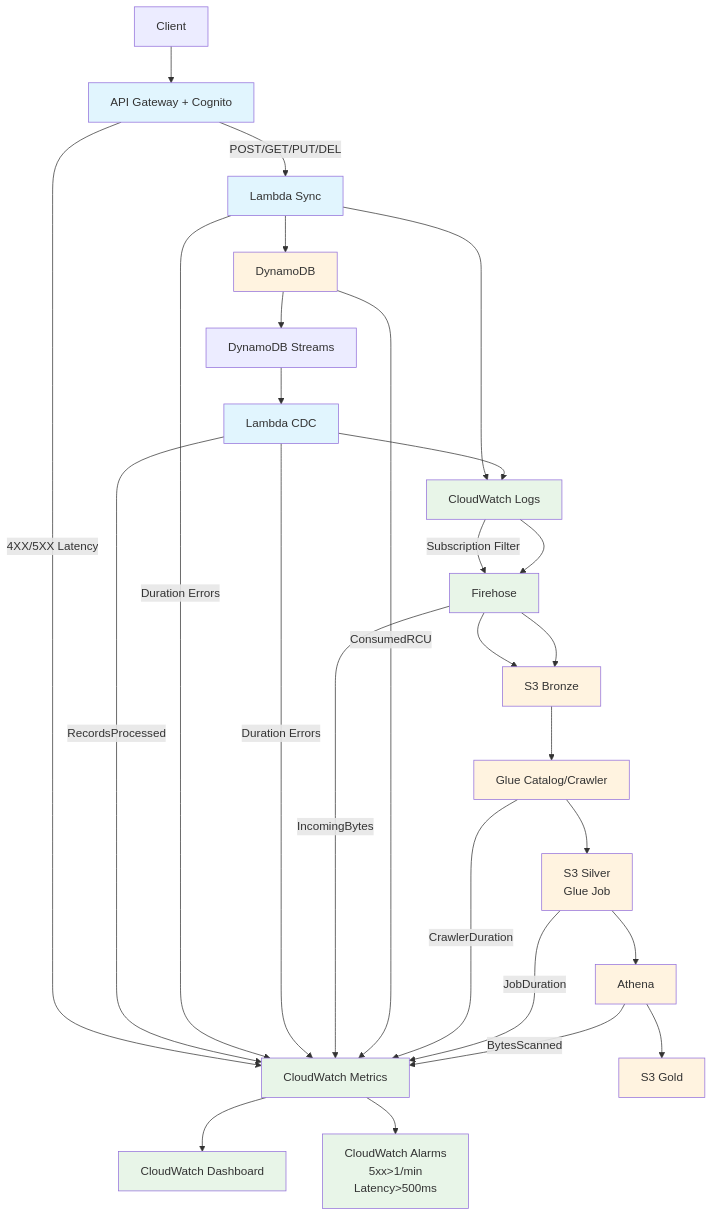
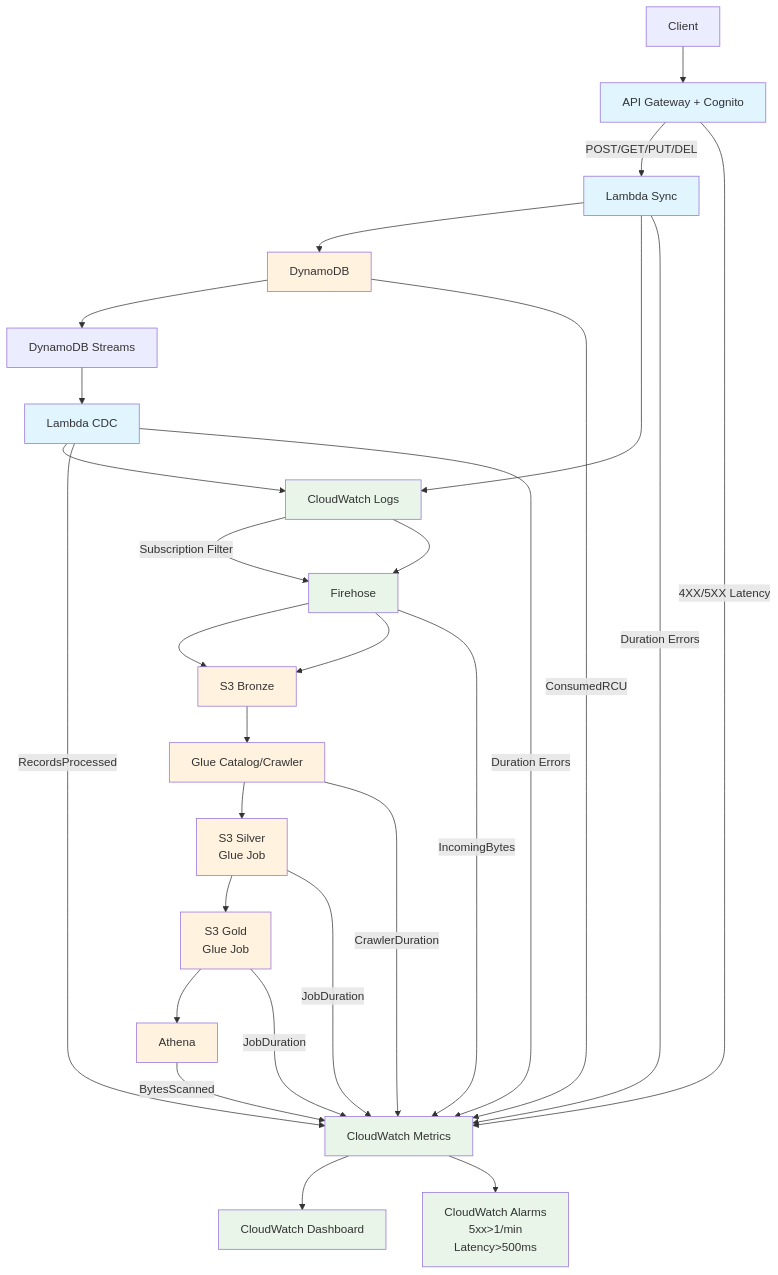
The diagram in README.md (CoreosG/todo-api-with-insights), drawn with Mermaid before and after one commit.

Commit message:
Update data flow and observability in README
eae gustavo, pode commit depois da entrega? kkkkkkk
isso é só um teste de reação

````diff
--- a/README.md
+++ b/README.md
@@ -41,51 +41,52 @@
 ```mermaid
 graph TD
     Client --> AG[API Gateway + Cognito]
     
     %% API Layer
     AG -->|POST/GET/PUT/DEL| L1[Lambda Sync]
     AG -->|4XX/5XX Latency| CWM[CloudWatch Metrics]
     
     %% Sync Lambda Flow
     L1 --> DDB[DynamoDB]
     L1 --> CW[CloudWatch Logs]
     CW -->|Subscription Filter| FH[Firehose]
     FH --> S3B[S3 Bronze]
     
     %% CDC Flow
     DDB --> DS[DynamoDB Streams]
     DS --> L3[Lambda CDC]
     L3 --> CW
     CW --> FH
     L3 -->|RecordsProcessed| CWM
     FH --> S3B
     
     %% Data Lake
     S3B --> GC[Glue Catalog/Crawler]
     GC --> GS[S3 Silver<br/>Glue Job]
-    GS --> A[Athena]
-    A --> GG[S3 Gold]
+    GS --> GG[S3 Gold<br/>Glue Job]
+    GG --> A[Athena]
     
     %% Observability Layer
     L1 -->|Duration Errors| CWM
     L3 -->|Duration Errors| CWM
     FH -->|IncomingBytes| CWM
     DDB -->|ConsumedRCU| CWM
     GC -->|CrawlerDuration| CWM
     GS -->|JobDuration| CWM
+    GG -->|JobDuration| CWM
     A -->|BytesScanned| CWM
     
     %% Dashboard & Alarms
     CWM --> Dashboard[CloudWatch Dashboard]
     CWM --> Alarms[CloudWatch Alarms<br/>5xx>1/min<br/>Latency>500ms]
     
     %% Styling
     classDef api fill:#e1f5fe
     classDef data fill:#f3e5f5
     classDef obs fill:#e8f5e8
     classDef dlake fill:#fff3e0
     
     class AG,L1,L3 api
     class DDB,S3B,GC,GS,A,GG dlake
     class CW,FH,CWM,Alarms,Dashboard obs
 ```
````
